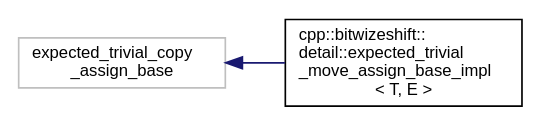
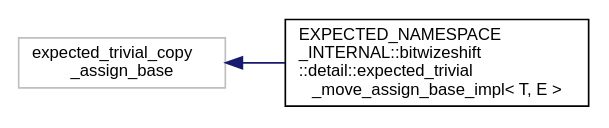
The diagram in api/latest/inherit_graph_8.dot (bitwizeshift/result), drawn with Graphviz before and after one commit. The commit also changed 399 other files, not shown here.

```diff
--- a/api/latest/inherit_graph_8.dot
+++ b/api/latest/inherit_graph_8.dot
@@ -1,9 +1,9 @@
 digraph "Graphical Class Hierarchy"
 {
   edge [fontname="Helvetica",fontsize="10",labelfontname="Helvetica",labelfontsize="10"];
   node [fontname="Helvetica",fontsize="10",shape=record];
   rankdir="LR";
   Node30 [label="expected_trivial_copy\l_assign_base",height=0.2,width=0.4,color="grey75", fillcolor="white", style="filled"];
   Node30 -> Node0 [dir="back",color="midnightblue",fontsize="10",style="solid",fontname="Helvetica"];
-  Node0 [label="cpp::bitwizeshift::\ldetail::expected_trivial\l_move_assign_base_impl\l\< T, E \>",height=0.2,width=0.4,color="black", fillcolor="white", style="filled",URL="$d1/d9f/structcpp_1_1bitwizeshift_1_1detail_1_1expected__trivial__move__assign__base__impl.html"];
+  Node0 [label="EXPECTED_NAMESPACE\l_INTERNAL::bitwizeshift\l::detail::expected_trivial\l_move_assign_base_impl\< T, E \>",height=0.2,width=0.4,color="black", fillcolor="white", style="filled",URL="$dc/d8b/struct_e_x_p_e_c_t_e_d___n_a_m_e_s_p_a_c_e___i_n_t_e_r_n_a_l_1_1bitwizeshift_1_1detail_1_1expect4df4867d5778e3bf3cc0fb4f5d48e4a7.html"];
 }
```
